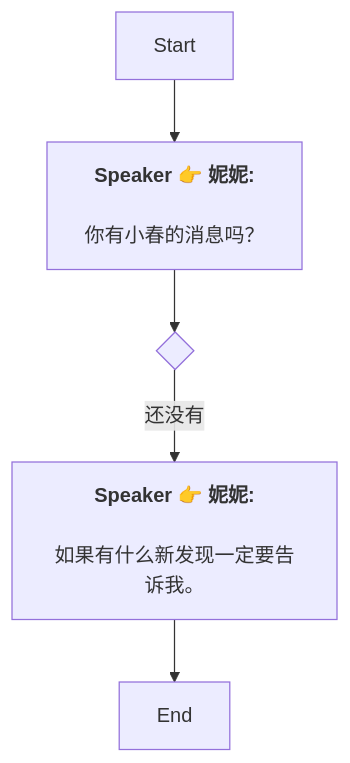
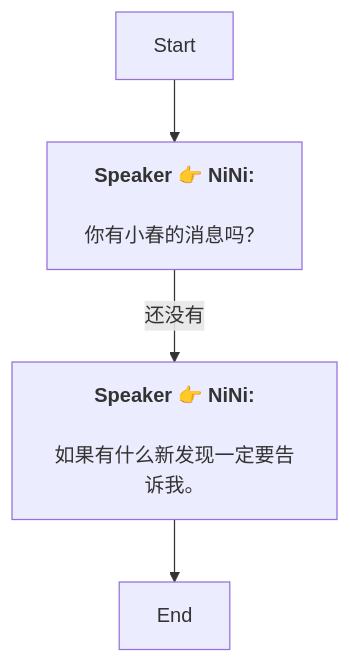
The diagram in Zh/AddDialogNode_1770751067503788.md (SoftHu/tos_avg), drawn with Mermaid before and after one commit. The commit also changed 737 other files, not shown here.

````diff
--- a/Zh/AddDialogNode_1770751067503788.md
+++ b/Zh/AddDialogNode_1770751067503788.md
@@ -1,12 +1,9 @@
 ```mermaid
 graph
-Start -->1770751111268578[<b>Speaker 👉 妮妮:</b>
-
-你有小春的消息吗？]
-1770751111268578 -->1770751111294211{ }
-1770751111294211 -->|还没有|1770751111293185[<b>Speaker 👉 妮妮:</b>
-
-如果有什么新发现一定要告诉我。]
+Start -->1770751111268578[<b>Speaker 👉 NiNi:</b>
+\n你有小春的消息吗？]
+1770751111268578 -->|还没有|1770751111293185[<b>Speaker 👉 NiNi:</b>
+\n如果有什么新发现一定要告诉我。]
 1770751111293185 -->1770751111272680[End]
 
- ```
+```
````
